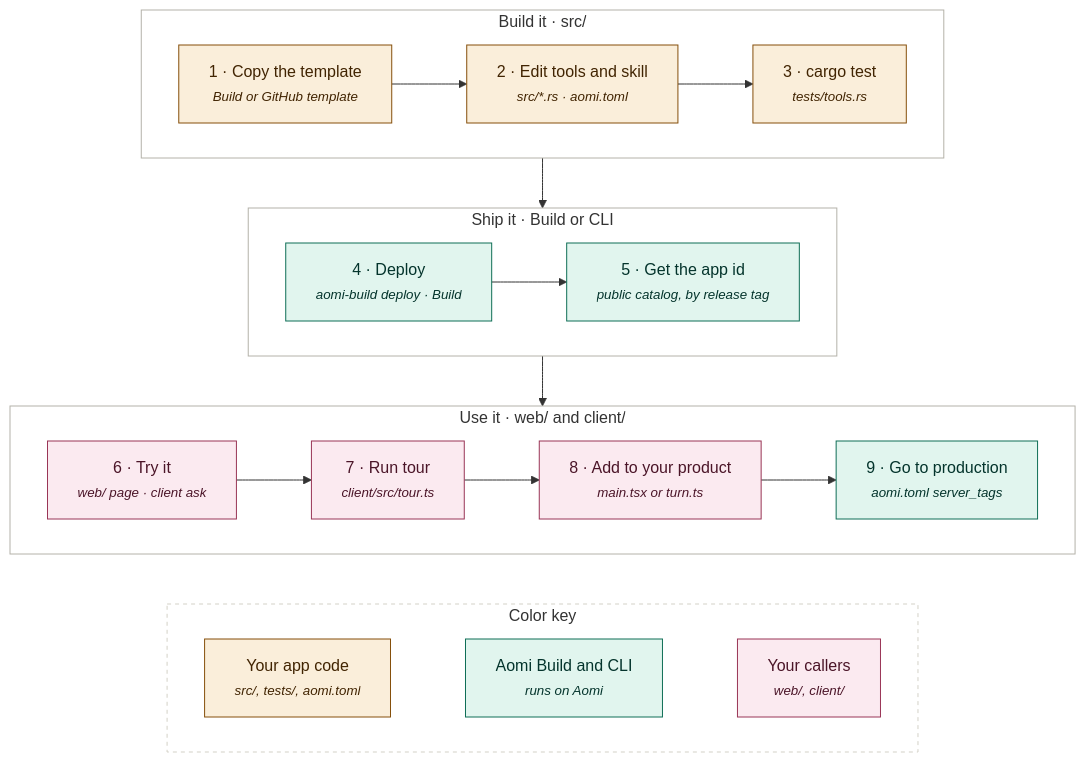
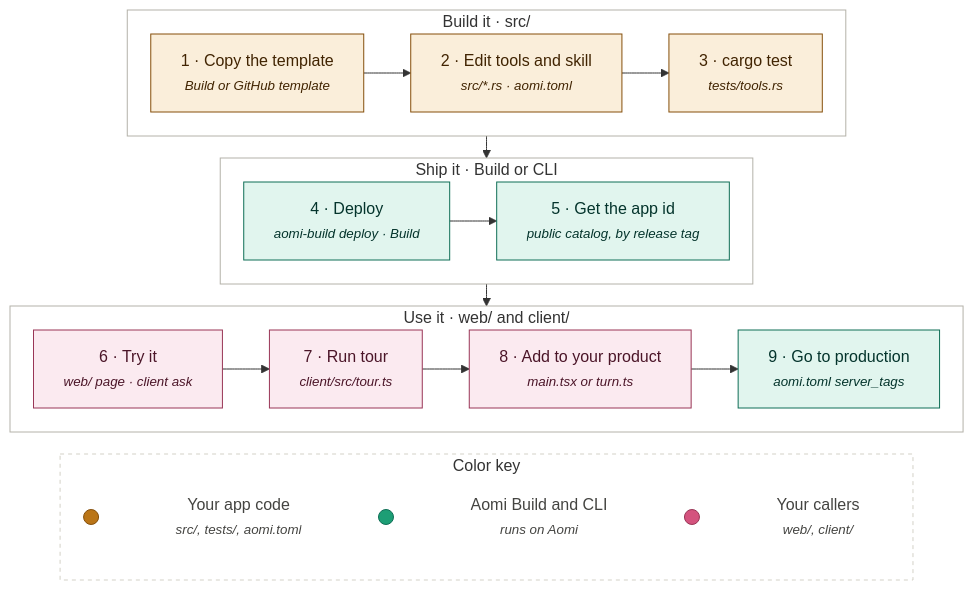
Before and after one commit to aomi-labs/playground-example: the first of 2 diagrams in README.md, drawn with Mermaid.

Commit message:
Use round dots in the journey color key

````diff
--- a/README.md
+++ b/README.md
@@ -9,35 +9,41 @@
 ```mermaid
+%%{init: {"flowchart": {"nodeSpacing": 28, "rankSpacing": 22}}}%%
 flowchart TB
   subgraph build["Build it · src/"]
     direction LR
     copy["1 · Copy the template<br/><small><i>Build or GitHub template</i></small>"] --> edit["2 · Edit tools and skill<br/><small><i>src/*.rs · aomi.toml</i></small>"] --> test["3 · cargo test<br/><small><i>tests/tools.rs</i></small>"]
   end
   subgraph ship["Ship it · Build or CLI"]
     direction LR
     deploy["4 · Deploy<br/><small><i>aomi-build deploy · Build</i></small>"] --> appid["5 · Get the app id<br/><small><i>public catalog, by release tag</i></small>"]
   end
   subgraph use["Use it · web/ and client/"]
     direction LR
     try["6 · Try it<br/><small><i>web/ page · client ask</i></small>"] --> tour["7 · Run tour<br/><small><i>client/src/tour.ts</i></small>"] --> product["8 · Add to your product<br/><small><i>main.tsx or turn.ts</i></small>"] --> prod["9 · Go to production<br/><small><i>aomi.toml server_tags</i></small>"]
   end
   subgraph legend["Color key"]
     direction LR
-    kApp["Your app code<br/><small><i>src/, tests/, aomi.toml</i></small>"]
-    kAomi["Aomi Build and CLI<br/><small><i>runs on Aomi</i></small>"]
-    kCall["Your callers<br/><small><i>web/, client/</i></small>"]
-    kApp ~~~ kAomi ~~~ kCall
+    dApp((" ")) ~~~ kApp["Your app code<br/><small><i>src/, tests/, aomi.toml</i></small>"] ~~~ dAomi((" ")) ~~~ kAomi["Aomi Build and CLI<br/><small><i>runs on Aomi</i></small>"] ~~~ dCall((" ")) ~~~ kCall["Your callers<br/><small><i>web/, client/</i></small>"]
   end
   build --> ship --> use
   use ~~~ legend
 
   classDef app fill:#FAEEDA,stroke:#854F0B,color:#412402
   classDef callers fill:#FBEAF0,stroke:#993556,color:#4B1528
+  classDef dotApp fill:#BA7517,stroke:#854F0B
+  classDef dotAomi fill:#1D9E75,stroke:#0F6E56
+  classDef dotCall fill:#D4537E,stroke:#993556
+  classDef key fill:none,stroke:none,color:#444441
   classDef aomi fill:#E1F5EE,stroke:#0F6E56,color:#04342C
-  class copy,edit,test,kApp app
-  class try,tour,product,kCall callers
-  class deploy,appid,prod,kAomi aomi
+  class copy,edit,test app
+  class try,tour,product callers
+  class deploy,appid,prod aomi
   style build fill:#ffffff,stroke:#B4B2A9
   style ship fill:#ffffff,stroke:#B4B2A9
   style use fill:#ffffff,stroke:#B4B2A9
   style legend fill:#ffffff,stroke:#D3D1C7,stroke-dasharray:4 4
+  class kApp,kAomi,kCall key
+  class dApp dotApp
+  class dAomi dotAomi
+  class dCall dotCall
 ```
````
